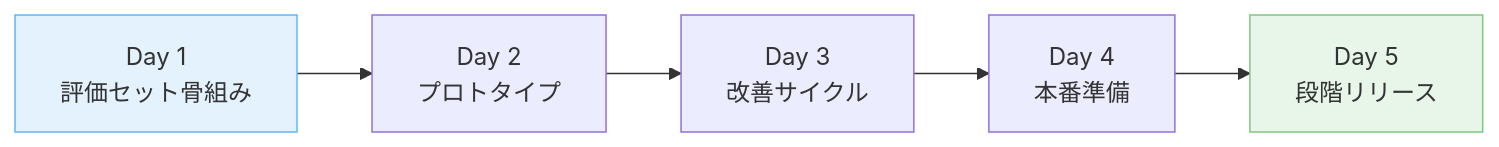
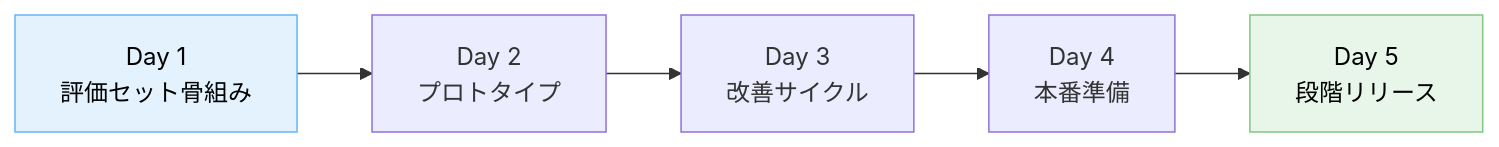
Before and after one commit to dinekt/dinekt-wiki: the first of 3 diagrams in docs/case-studies/評価駆動で-llm-機能をゼロから作った-5-日間の流れ.md, drawn with Mermaid. The commit also changed other lines of this file and 71 other files, not shown here.

First line of the commit message:
fix: mermaid readability + remove GitHub repo toolbar

````diff
--- a/docs/case-studies/評価駆動で-llm-機能をゼロから作った-5-日間の流れ.md
+++ b/docs/case-studies/評価駆動で-llm-機能をゼロから作った-5-日間の流れ.md
@@ -29,10 +29,10 @@
 ```mermaid
 flowchart LR
     D1[Day 1<br/>評価セット骨組み] --> D2[Day 2<br/>プロトタイプ]
     D2 --> D3[Day 3<br/>改善サイクル]
     D3 --> D4[Day 4<br/>本番準備]
     D4 --> D5[Day 5<br/>段階リリース]
 
-    style D1 fill:#e3f2fd,stroke:#64b5f6
-    style D5 fill:#e8f5e9,stroke:#81c784
+    style D1 fill:#e3f2fd,stroke:#64b5f6,color:#000
+    style D5 fill:#e8f5e9,stroke:#81c784,color:#000
 ```
````
